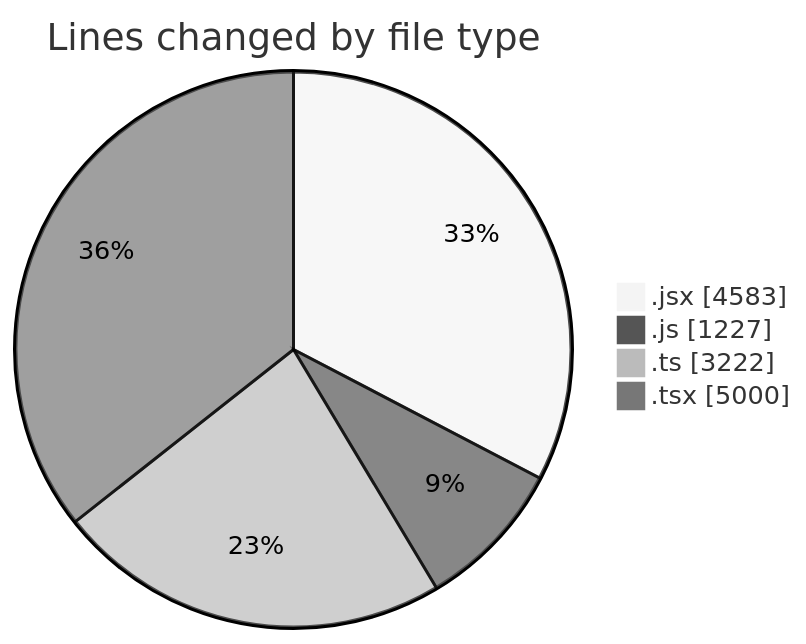
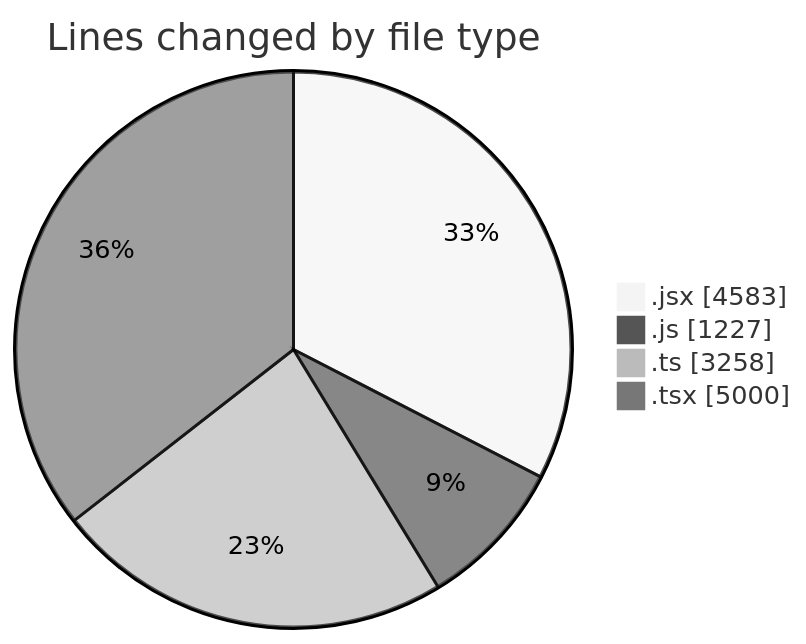
The first of 2 diagrams in 2026-01-21/nxtqube_webapp/README.md (nxtqubesakshisongat/code-tracking), drawn with Mermaid (neutral theme) before and after one commit. The commit also changed other lines of this file and 1 other file, not shown here.

````diff
--- a/2026-01-21/nxtqube_webapp/README.md
+++ b/2026-01-21/nxtqube_webapp/README.md
@@ -27,8 +28,8 @@
 ```mermaid
 pie showData
 title Lines changed by file type
 ".jsx" : 4583
 ".js" : 1227
-".ts" : 3222
+".ts" : 3258
 ".tsx" : 5000
 ```
````
